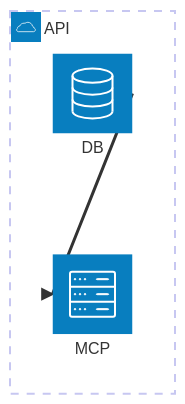
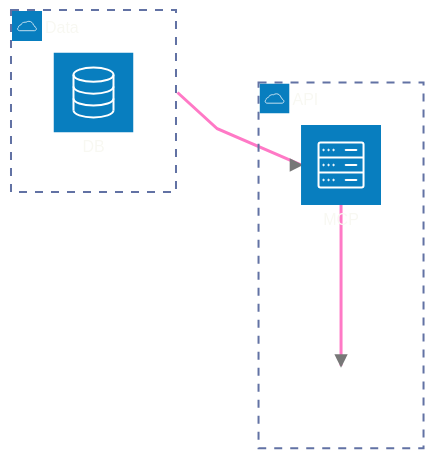
Before and after one commit to bsamiee/Rasm: diagram 13 of 21 in .claude/skills/mermaid-diagramming/references/syntax-extended.md, drawn with Mermaid. The commit also changed other lines of this file and 27 other files, not shown here.

````diff
--- a/.claude/skills/mermaid-diagramming/references/syntax-extended.md
+++ b/.claude/skills/mermaid-diagramming/references/syntax-extended.md
@@ -203,8 +293,23 @@
 ```mermaid
+---
+config:
+  theme: base
+  themeVariables:
+    darkMode: true
+    textColor: "#F8F8F2"
+    primaryTextColor: "#F8F8F2"
+    archEdgeColor: "#FF79C6"
+    archGroupBorderColor: "#6272A4"
+  architecture:
+    seed: 7
+---
 architecture-beta
   group api(cloud)[API]
-  service db(database)[DB] in api
+  group data(cloud)[Data]
+  service db(database)[DB] in data
   service mcp(server)[MCP] in api
-  db:R --> L:mcp
-  align column db mcp
+  junction jn in api
+  db{group}:R --> L:mcp
+  mcp:B --> T:jn
+  align column mcp jn
 ```
````
